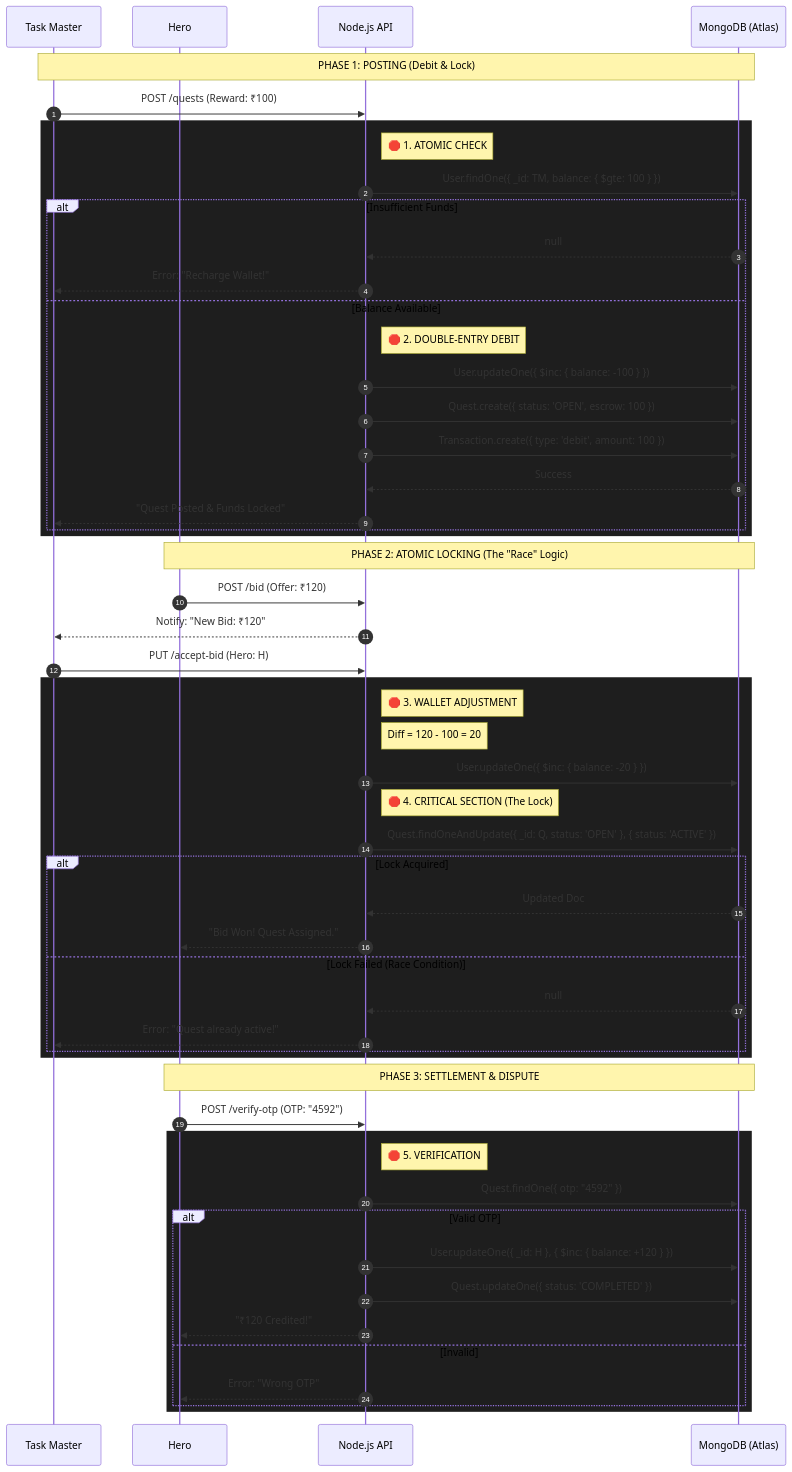
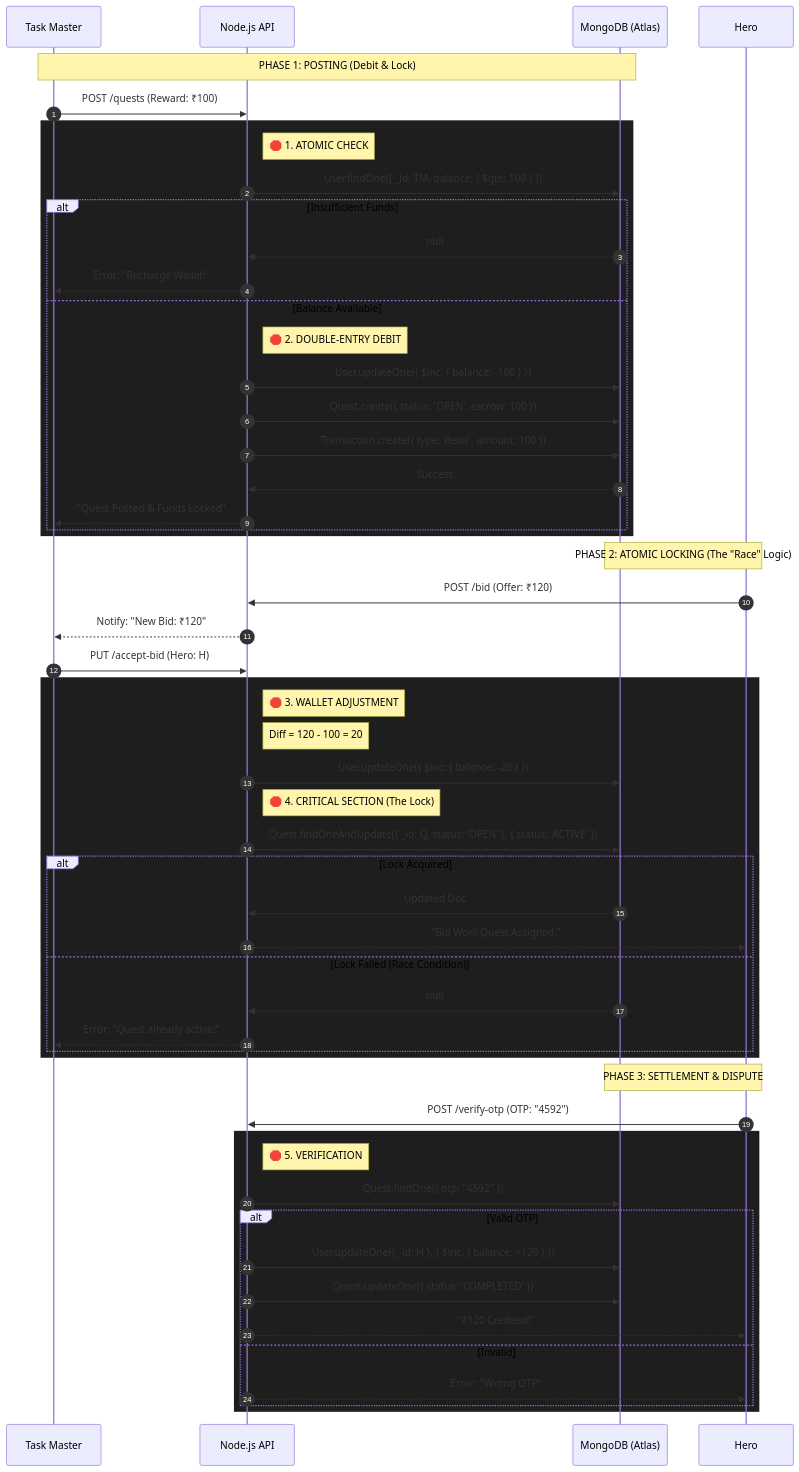
One commit to arupdhara/arup-demo changed the sixth of 6 diagrams in Technical_Architechture.md. Above: the diagram before and after it, drawn with Mermaid. The commit also changed other lines of this file, not shown here.

````diff
--- a/Technical_Architechture.md
+++ b/Technical_Architechture.md
@@ -242,71 +242,72 @@
 ```mermaid
 sequenceDiagram
     autonumber
     participant TM as Task Master
-    participant H as Hero
     participant API as Node.js API
     participant DB as MongoDB (Atlas)
+    participant H as Hero
+
 
     Note over TM, DB: PHASE 1: POSTING (Debit & Lock)
     
     TM->>API: POST /quests (Reward: ₹100)
     
     rect rgb(30, 30, 30)
         Note right of API: 🛑 1. ATOMIC CHECK
         API->>DB: User.findOne({ _id: TM, balance: { $gte: 100 } })
         
         alt Insufficient Funds
             DB-->>API: null
             API-->>TM: Error: "Recharge Wallet!"
         else Balance Available
             Note right of API: 🛑 2. DOUBLE-ENTRY DEBIT
             API->>DB: User.updateOne({ $inc: { balance: -100 } })
             API->>DB: Quest.create({ status: 'OPEN', escrow: 100 })
             API->>DB: Transaction.create({ type: 'debit', amount: 100 })
             
             DB-->>API: Success
             API-->>TM: "Quest Posted & Funds Locked"
         end
     end
 
     Note over H, DB: PHASE 2: ATOMIC LOCKING (The "Race" Logic)
 
     H->>API: POST /bid (Offer: ₹120)
     API-->>TM: Notify: "New Bid: ₹120"
     
     TM->>API: PUT /accept-bid (Hero: H)
     
     rect rgb(30, 30, 30)
         Note right of API: 🛑 3. WALLET ADJUSTMENT
         Note right of API: Diff = 120 - 100 = 20
         API->>DB: User.updateOne({ $inc: { balance: -20 } })
         
         Note right of API: 🛑 4. CRITICAL SECTION (The Lock)
         API->>DB: Quest.findOneAndUpdate({ _id: Q, status: 'OPEN' }, { status: 'ACTIVE' })
         
         alt Lock Acquired
             DB-->>API: Updated Doc
             API-->>H: "Bid Won! Quest Assigned."
         else Lock Failed (Race Condition)
             DB-->>API: null
             API-->>TM: Error: "Quest already active!"
         end
     end
 
     Note over H, DB: PHASE 3: SETTLEMENT & DISPUTE
     
     H->>API: POST /verify-otp (OTP: "4592")
     
     rect rgb(30, 30, 30)
         Note right of API: 🛑 5. VERIFICATION
         API->>DB: Quest.findOne({ otp: "4592" })
         
         alt Valid OTP
             API->>DB: User.updateOne({ _id: H }, { $inc: { balance: +120 } })
             API->>DB: Quest.updateOne({ status: 'COMPLETED' })
             API-->>H: "₹120 Credited!"
         else Invalid
             API-->>H: Error: "Wrong OTP"
         end
     end
 ```
````
